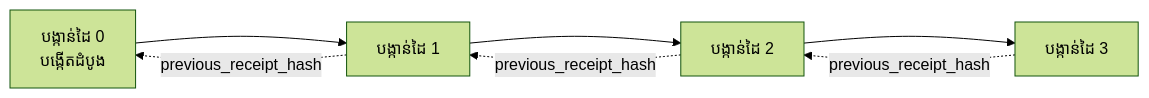
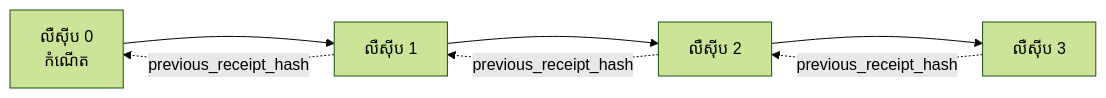
Before and after one commit to microsoft/ai-agents-for-beginners: the second of 2 diagrams in translations/km/18-securing-ai-agents/README.md, drawn with Mermaid (forest theme). The commit also changed other lines of this file and 73 other files, not shown here.

````diff
--- a/translations/km/18-securing-ai-agents/README.md
+++ b/translations/km/18-securing-ai-agents/README.md
@@ -206,9 +206,9 @@
 ```mermaid
 flowchart LR
-    R0[បង្កាន់ដៃ 0<br/>បង្កើតដំបូង] --> R1[បង្កាន់ដៃ 1]
-    R1 --> R2[បង្កាន់ដៃ 2]
-    R2 --> R3[បង្កាន់ដៃ 3]
+    R0[លឺស៊ីប 0<br/>កំណើត] --> R1[លឺស៊ីប 1]
+    R1 --> R2[លឺស៊ីប 2]
+    R2 --> R3[លឺស៊ីប 3]
     R1 -. previous_receipt_hash .-> R0
     R2 -. previous_receipt_hash .-> R1
     R3 -. previous_receipt_hash .-> R2
 ```
````
